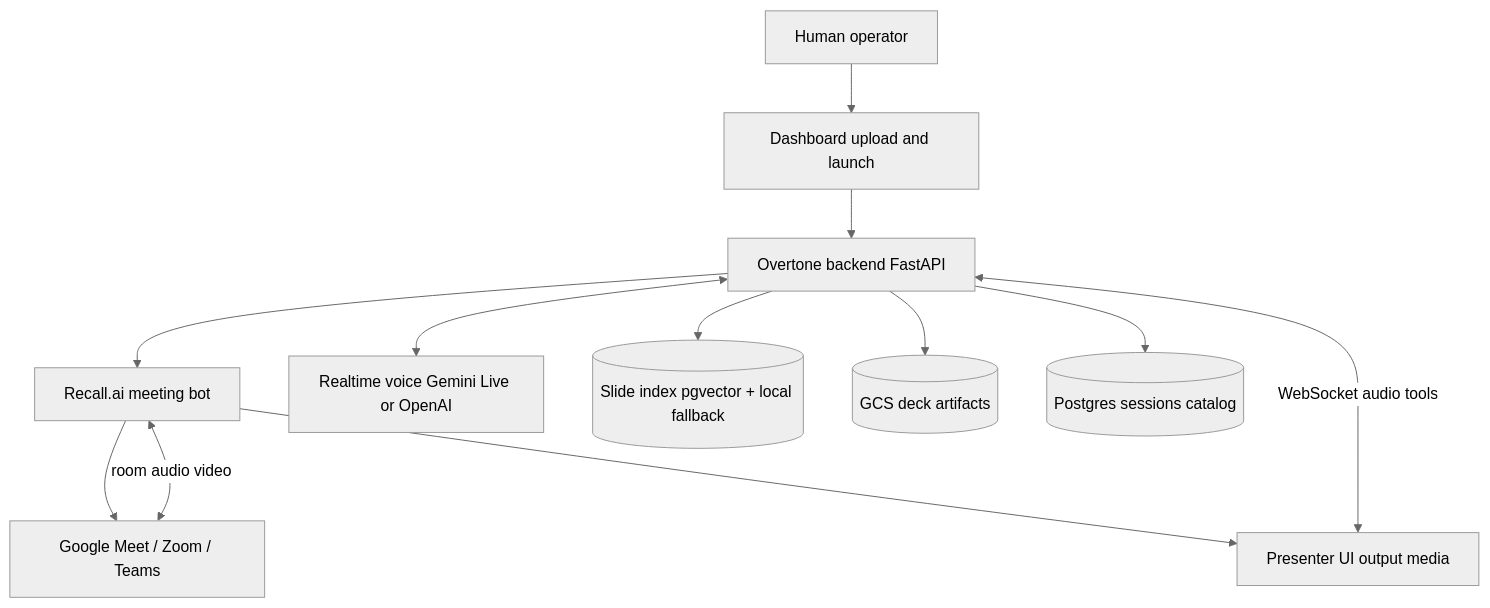
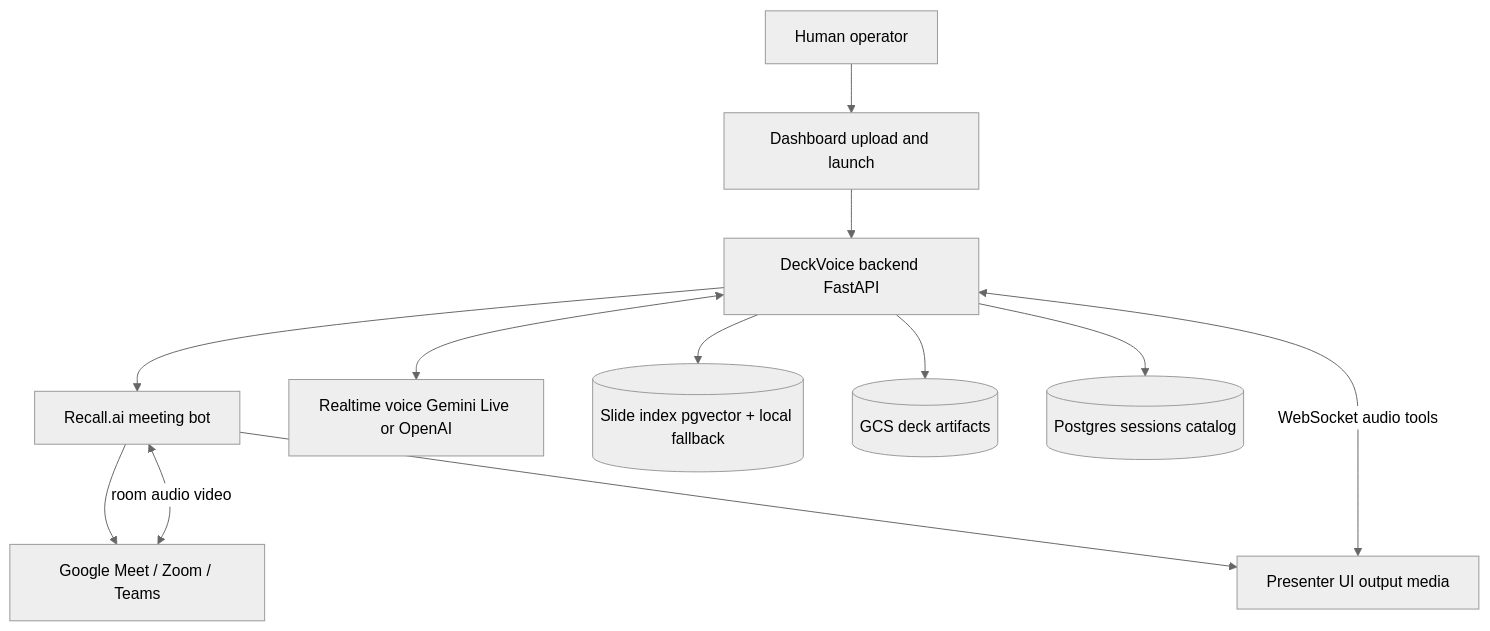
The first of 4 diagrams in docs/overtone-architecture-for-partners.md (Atif1299/overtone-meeting-assistant), drawn with Mermaid (neutral theme) before and after one commit. The commit also changed other lines of this file and 11 other files, not shown here.

Commit message:
Docs and partner packs have to use DeckVoice so anyone sharing the repo is not still briefing the old name.

````diff
--- a/docs/overtone-architecture-for-partners.md
+++ b/docs/overtone-architecture-for-partners.md
@@ -19,25 +19,25 @@
 ```mermaid
 flowchart TB
   human[Human operator]
   dash[Dashboard upload and launch]
   recall[Recall.ai meeting bot]
   meet[Google Meet / Zoom / Teams]
   presenter[Presenter UI output media]
-  api[Overtone backend FastAPI]
+  api[DeckVoice backend FastAPI]
   live[Realtime voice Gemini Live or OpenAI]
   index[(Slide index pgvector + local fallback)]
   gcs[(GCS deck artifacts)]
   sql[(Postgres sessions catalog)]
 
   human --> dash
   dash --> api
   api --> recall
   recall --> meet
   recall --> presenter
   presenter <-->|WebSocket audio tools| api
   api <--> live
   api --> index
   api --> gcs
   api --> sql
   meet <-->|room audio video| recall
 ```
````
